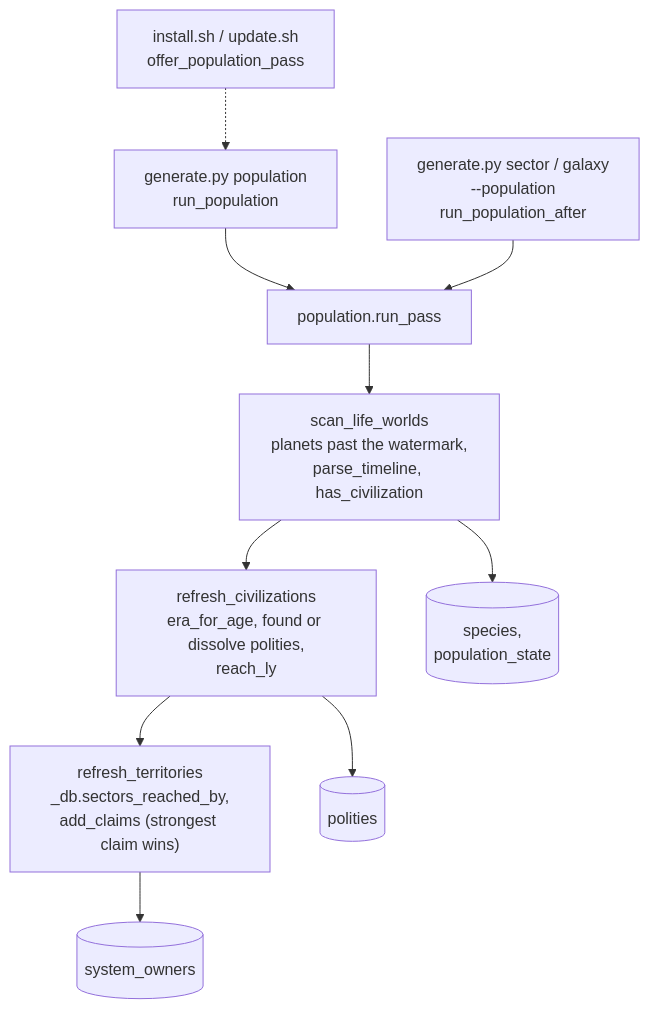
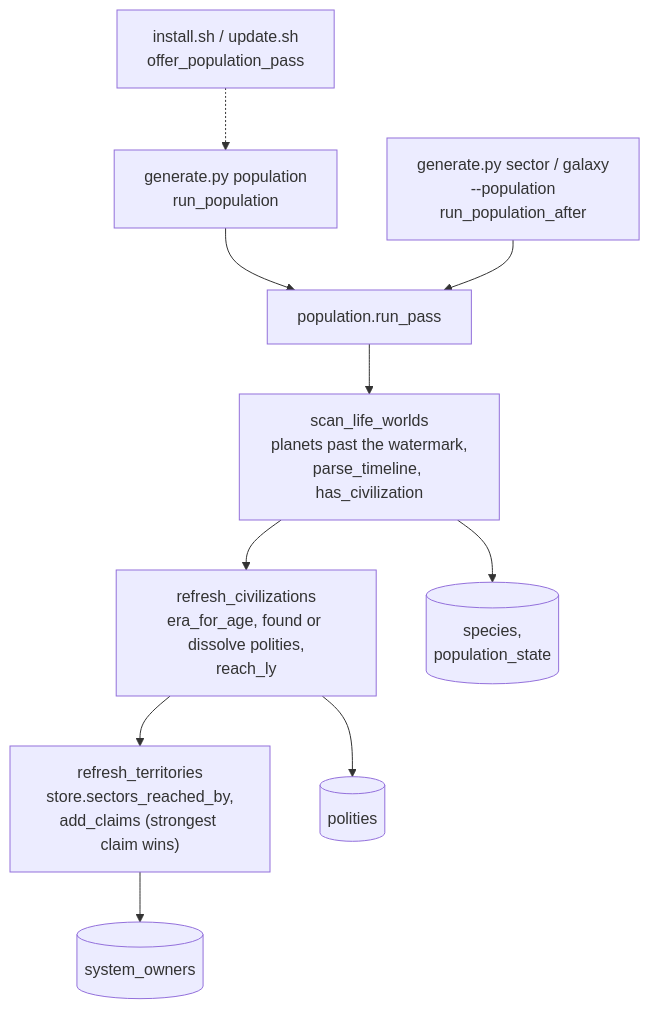
The third of 8 diagrams in docs/design/architecture.md (dwhagar/planetGen), drawn with Mermaid before and after one commit. The commit also changed other lines of this file and 225 other files, not shown here.

````diff
--- a/docs/design/architecture.md
+++ b/docs/design/architecture.md
@@ -461,12 +461,12 @@
 ```mermaid
 flowchart TD
     PopCLI["generate.py population<br/>run_population"] --> Pass["population.run_pass"]
     After["generate.py sector / galaxy<br/>--population<br/>run_population_after"] --> Pass
     Inst["install.sh / update.sh<br/>offer_population_pass"] -.-> PopCLI
     Pass --> Scan["scan_life_worlds<br/>planets past the watermark,<br/>parse_timeline, has_civilization"]
     Scan --> Civ["refresh_civilizations<br/>era_for_age, found or dissolve polities,<br/>reach_ly"]
-    Civ --> Terr["refresh_territories<br/>_db.sectors_reached_by,<br/>add_claims (strongest claim wins)"]
+    Civ --> Terr["refresh_territories<br/>store.sectors_reached_by,<br/>add_claims (strongest claim wins)"]
     Scan --> PT[("species,<br/>population_state")]
     Civ --> Pol[("polities")]
     Terr --> SO[("system_owners")]
 ```
````
